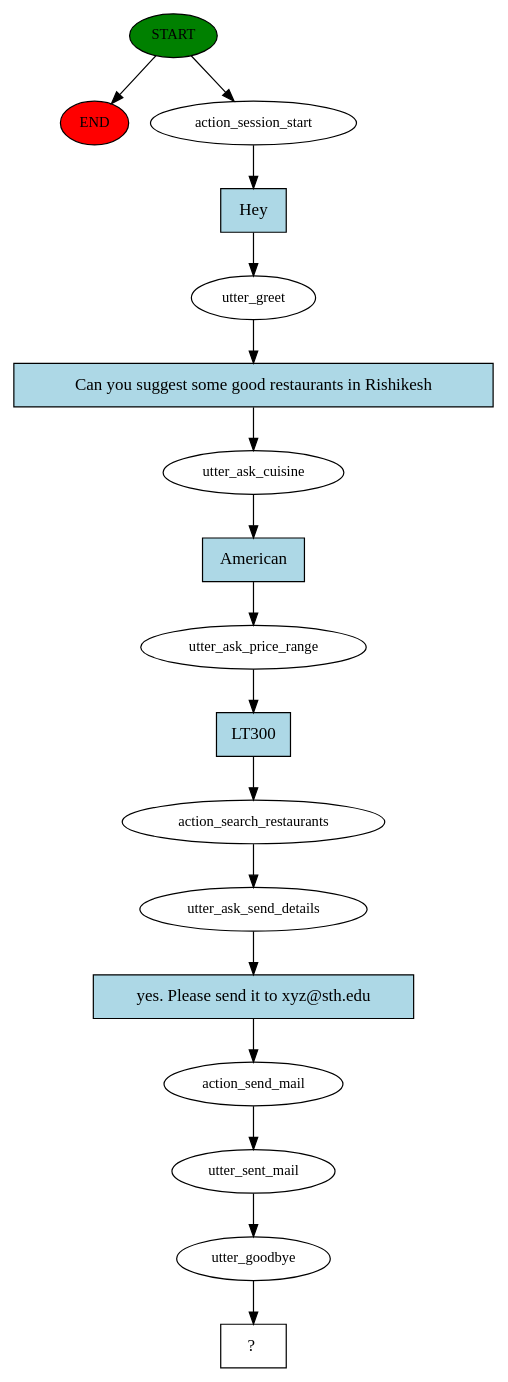
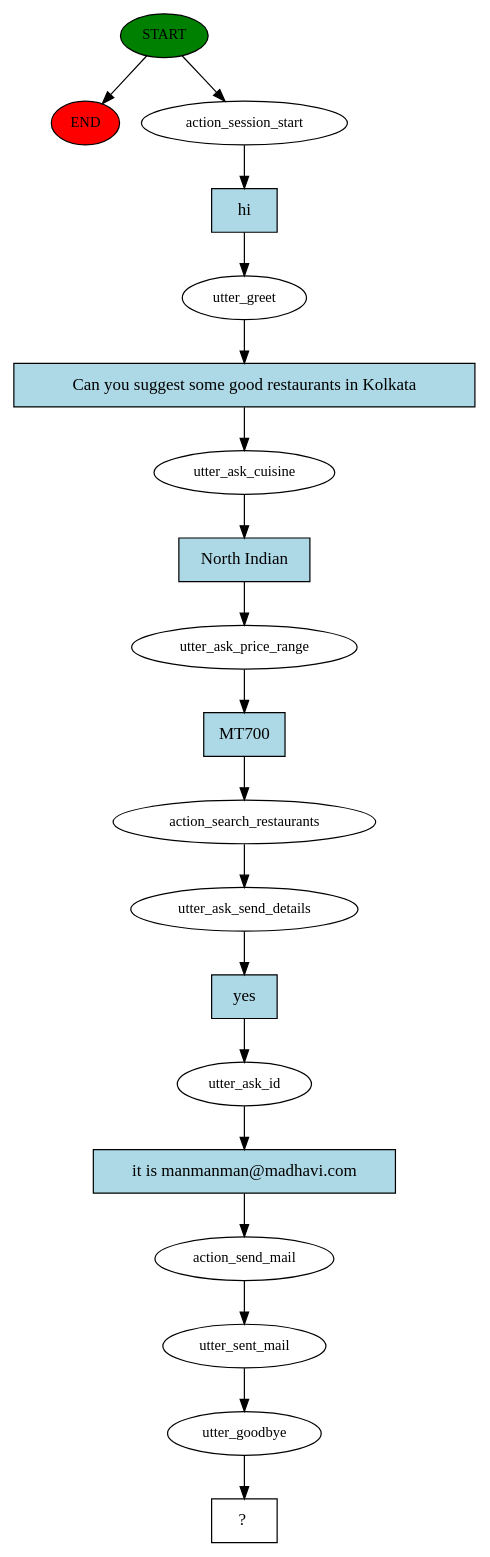
Before and after one commit to madhavikoduganti/Foodie: the diagram in Rasa_basic_folder/story_graph.dot, drawn with Graphviz. The commit also changed 3 other files, not shown here.

```diff
--- a/Rasa_basic_folder/story_graph.dot
+++ b/Rasa_basic_folder/story_graph.dot
@@ -1,35 +1,39 @@
 digraph  {
 0 [class="start active", fillcolor=green, fontsize=12, label=START, style=filled];
 "-1" [class=end, fillcolor=red, fontsize=12, label=END, style=filled];
 1 [class=active, fontsize=12, label=action_session_start];
 2 [class=active, fontsize=12, label=utter_greet];
 3 [class=active, fontsize=12, label=utter_ask_cuisine];
 4 [class=active, fontsize=12, label=utter_ask_price_range];
 5 [class=active, fontsize=12, label=action_search_restaurants];
 6 [class=active, fontsize=12, label=utter_ask_send_details];
-7 [class=active, fontsize=12, label=action_send_mail];
-8 [class=active, fontsize=12, label=utter_sent_mail];
-9 [class=active, fontsize=12, label=utter_goodbye];
-10 [class="intent dashed active", label="  ?  ", shape=rect];
-11 [class="intent active", fillcolor=lightblue, label=Hey, shape=rect, style=filled];
-12 [class="intent active", fillcolor=lightblue, label="Can you suggest some good restaurants in Rishikesh", shape=rect, style=filled];
-13 [class="intent active", fillcolor=lightblue, label=American, shape=rect, style=filled];
-14 [class="intent active", fillcolor=lightblue, label=LT300, shape=rect, style=filled];
-15 [class="intent active", fillcolor=lightblue, label="yes. Please send it to xyz@sth.edu", shape=rect, style=filled];
+7 [class=active, fontsize=12, label=utter_ask_id];
+8 [class=active, fontsize=12, label=action_send_mail];
+9 [class=active, fontsize=12, label=utter_sent_mail];
+10 [class=active, fontsize=12, label=utter_goodbye];
+11 [class="intent dashed active", label="  ?  ", shape=rect];
+12 [class="intent active", fillcolor=lightblue, label=hi, shape=rect, style=filled];
+13 [class="intent active", fillcolor=lightblue, label="Can you suggest some good restaurants in Kolkata", shape=rect, style=filled];
+14 [class="intent active", fillcolor=lightblue, label="North Indian", shape=rect, style=filled];
+15 [class="intent active", fillcolor=lightblue, label=MT700, shape=rect, style=filled];
+16 [class="intent active", fillcolor=lightblue, label=yes, shape=rect, style=filled];
+17 [class="intent active", fillcolor=lightblue, label="it is manmanman@madhavi.com", shape=rect, style=filled];
 0 -> "-1"  [class="", key=NONE, label=""];
 0 -> 1  [class=active, key=NONE, label=""];
-1 -> 11  [class=active, key=0];
-2 -> 12  [class=active, key=0];
-3 -> 13  [class=active, key=0];
-4 -> 14  [class=active, key=0];
+1 -> 12  [class=active, key=0];
+2 -> 13  [class=active, key=0];
+3 -> 14  [class=active, key=0];
+4 -> 15  [class=active, key=0];
 5 -> 6  [class=active, key=NONE, label=""];
-6 -> 15  [class=active, key=0];
-7 -> 8  [class=active, key=NONE, label=""];
+6 -> 16  [class=active, key=0];
+7 -> 17  [class=active, key=0];
 8 -> 9  [class=active, key=NONE, label=""];
 9 -> 10  [class=active, key=NONE, label=""];
-11 -> 2  [class=active, key=0];
-12 -> 3  [class=active, key=0];
-13 -> 4  [class=active, key=0];
-14 -> 5  [class=active, key=0];
-15 -> 7  [class=active, key=0];
+10 -> 11  [class=active, key=NONE, label=""];
+12 -> 2  [class=active, key=0];
+13 -> 3  [class=active, key=0];
+14 -> 4  [class=active, key=0];
+15 -> 5  [class=active, key=0];
+16 -> 7  [class=active, key=0];
+17 -> 8  [class=active, key=0];
 }
```
